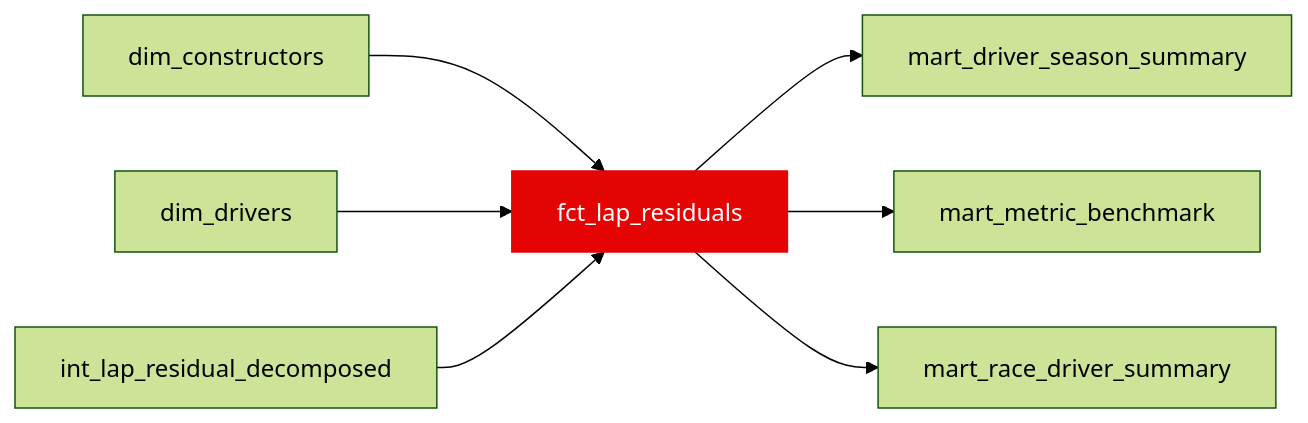
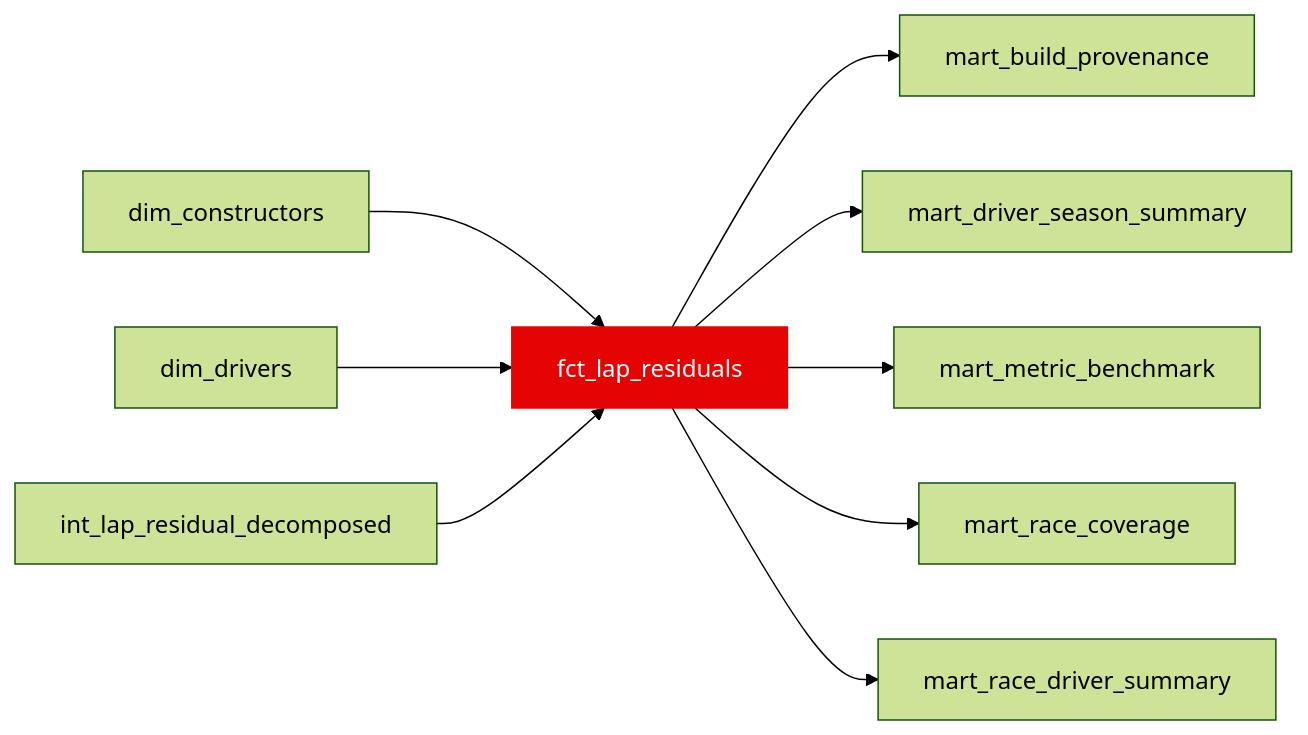
Before and after one commit to JustinClarke/off-the-pace: the diagram in docs/reference/models/fct/fct_lap_residuals.mdx, drawn with Mermaid (forest theme). The commit also changed other lines of this file and 286 other files, not shown here.

````diff
--- a/docs/reference/models/fct/fct_lap_residuals.mdx
+++ b/docs/reference/models/fct/fct_lap_residuals.mdx
@@ -19,10 +19,12 @@
 ```mermaid
 flowchart LR
   dim_constructors --> fct_lap_residuals
   dim_drivers --> fct_lap_residuals
   int_lap_residual_decomposed --> fct_lap_residuals
+  fct_lap_residuals --> mart_build_provenance
   fct_lap_residuals --> mart_driver_season_summary
   fct_lap_residuals --> mart_metric_benchmark
+  fct_lap_residuals --> mart_race_coverage
   fct_lap_residuals --> mart_race_driver_summary
   style fct_lap_residuals fill:#e40404,stroke:#e40404,color:#fff
 ```
````
